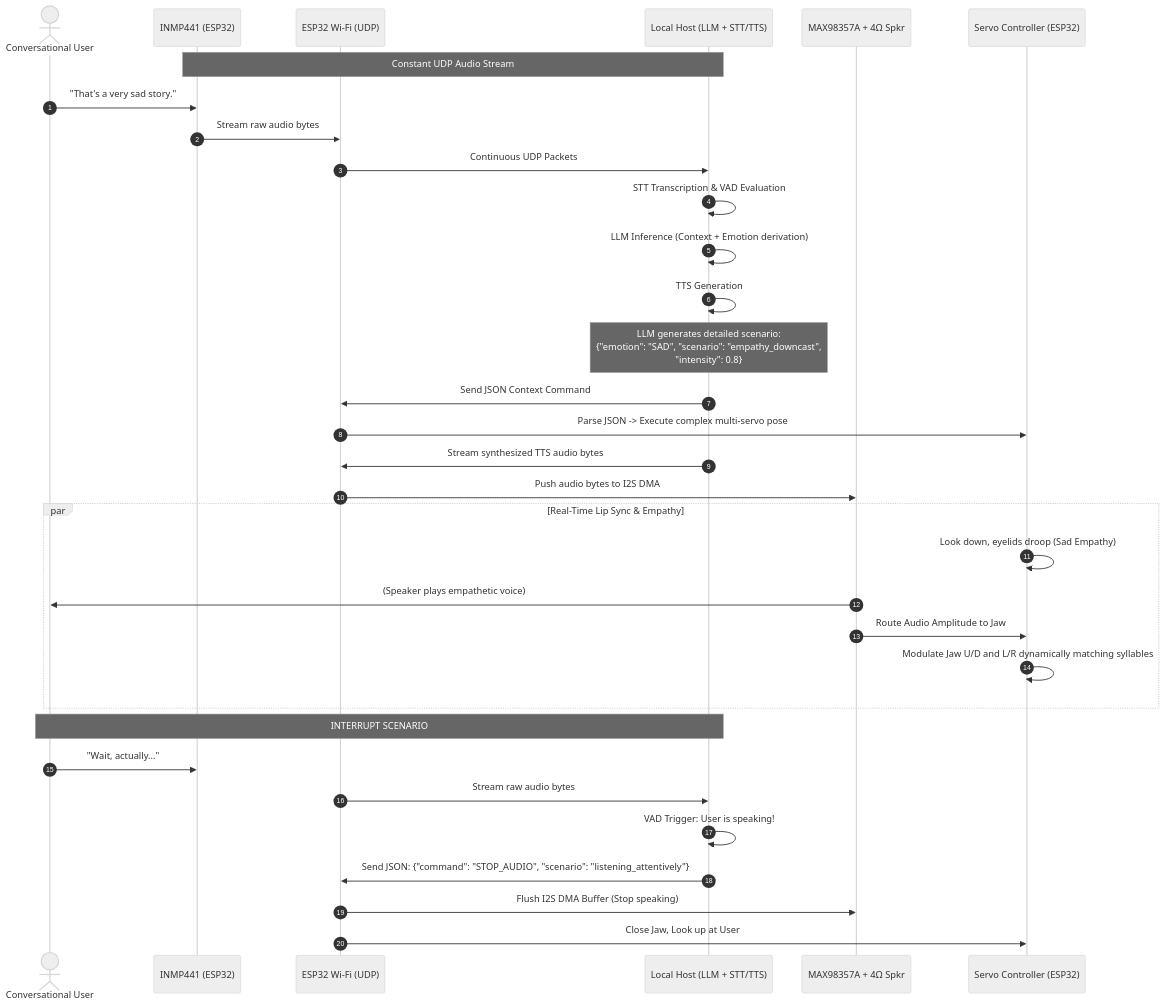
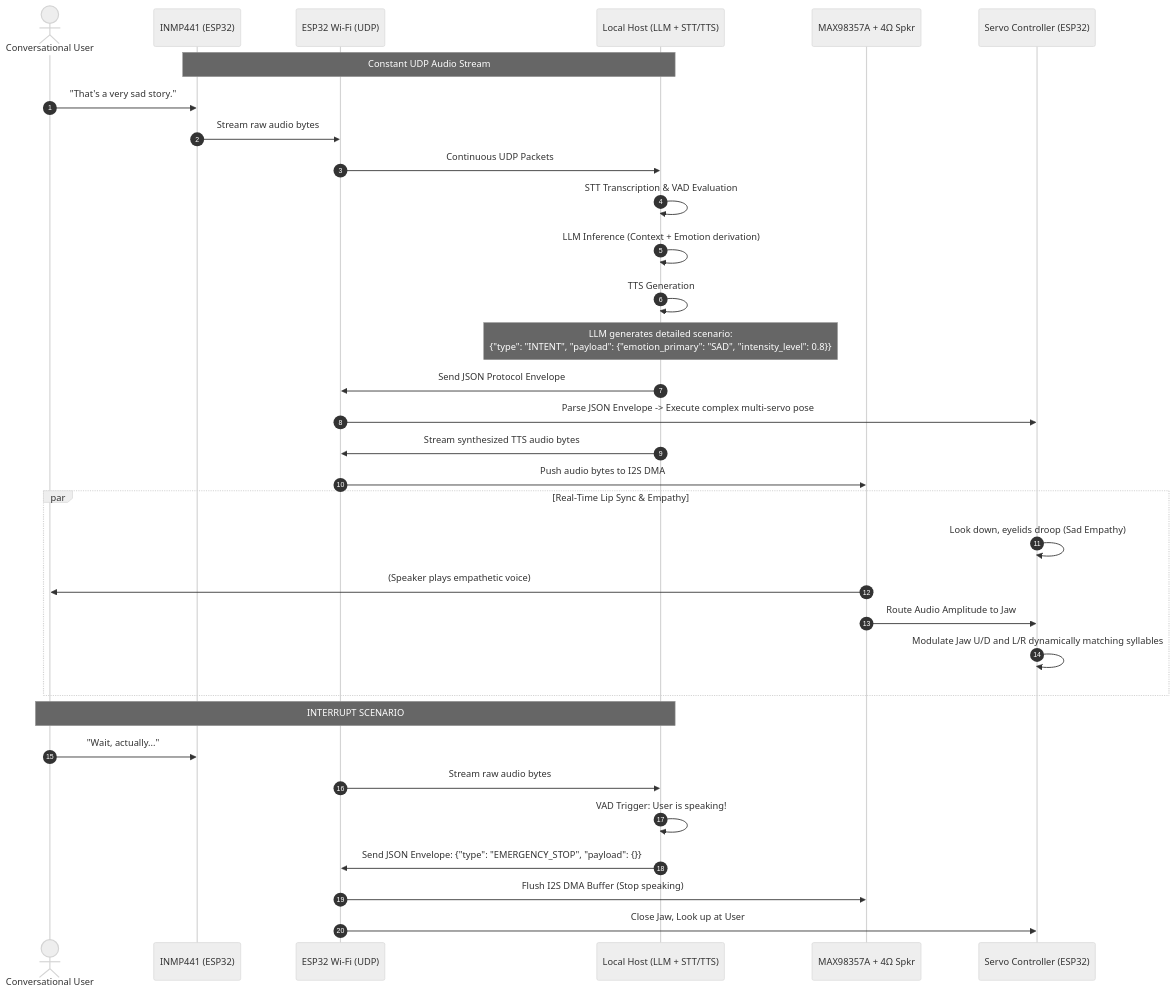
One commit to adi-wayn/animatromic-head changed the diagram in docs/requirements/AnimatronicHead_SRS.md. Above: the diagram before and after it, drawn with Mermaid (neutral theme). The commit also changed 5 other files, not shown here.

Commit message:
feat: implement unified communication protocol envelope for task 3.5

````diff
--- a/docs/requirements/AnimatronicHead_SRS.md
+++ b/docs/requirements/AnimatronicHead_SRS.md
@@ -86,41 +86,41 @@
 ```mermaid
 sequenceDiagram
     autonumber
     actor User as Conversational User
     participant Mic as INMP441 (ESP32)
     participant WiFi as ESP32 Wi-Fi (UDP)
     participant Host as Local Host (LLM + STT/TTS)
     participant AudioOut as MAX98357A + 4Ω Spkr
     participant Kinematics as Servo Controller (ESP32)
 
     Note over Mic, Host: Constant UDP Audio Stream
     User->>Mic: "That's a very sad story."
     Mic->>WiFi: Stream raw audio bytes
     WiFi->>Host: Continuous UDP Packets
     
     Host->>Host: STT Transcription & VAD Evaluation
     Host->>Host: LLM Inference (Context + Emotion derivation)
     Host->>Host: TTS Generation
     
-    Note over Host: LLM generates detailed scenario:<br/>{"emotion": "SAD", "scenario": "empathy_downcast",<br/>"intensity": 0.8}
-    Host->>WiFi: Send JSON Context Command
-    WiFi->>Kinematics: Parse JSON -> Execute complex multi-servo pose
+    Note over Host: LLM generates detailed scenario:<br/>{"type": "INTENT", "payload": {"emotion_primary": "SAD", "intensity_level": 0.8}}
+    Host->>WiFi: Send JSON Protocol Envelope
+    WiFi->>Kinematics: Parse JSON Envelope -> Execute complex multi-servo pose
     
     Host->>WiFi: Stream synthesized TTS audio bytes
     WiFi->>AudioOut: Push audio bytes to I2S DMA
     
     par Real-Time Lip Sync & Empathy
         Kinematics->>Kinematics: Look down, eyelids droop (Sad Empathy)
         AudioOut->>User: (Speaker plays empathetic voice)
         AudioOut->>Kinematics: Route Audio Amplitude to Jaw
         Kinematics->>Kinematics: Modulate Jaw U/D and L/R dynamically matching syllables
     end
     
     Note over User, Host: INTERRUPT SCENARIO
     User->>Mic: "Wait, actually..."
     WiFi->>Host: Stream raw audio bytes
     Host->>Host: VAD Trigger: User is speaking!
-    Host->>WiFi: Send JSON: {"command": "STOP_AUDIO", "scenario": "listening_attentively"}
+    Host->>WiFi: Send JSON Envelope: {"type": "EMERGENCY_STOP", "payload": {}}
     WiFi->>AudioOut: Flush I2S DMA Buffer (Stop speaking)
     WiFi->>Kinematics: Close Jaw, Look up at User
 ```
````
